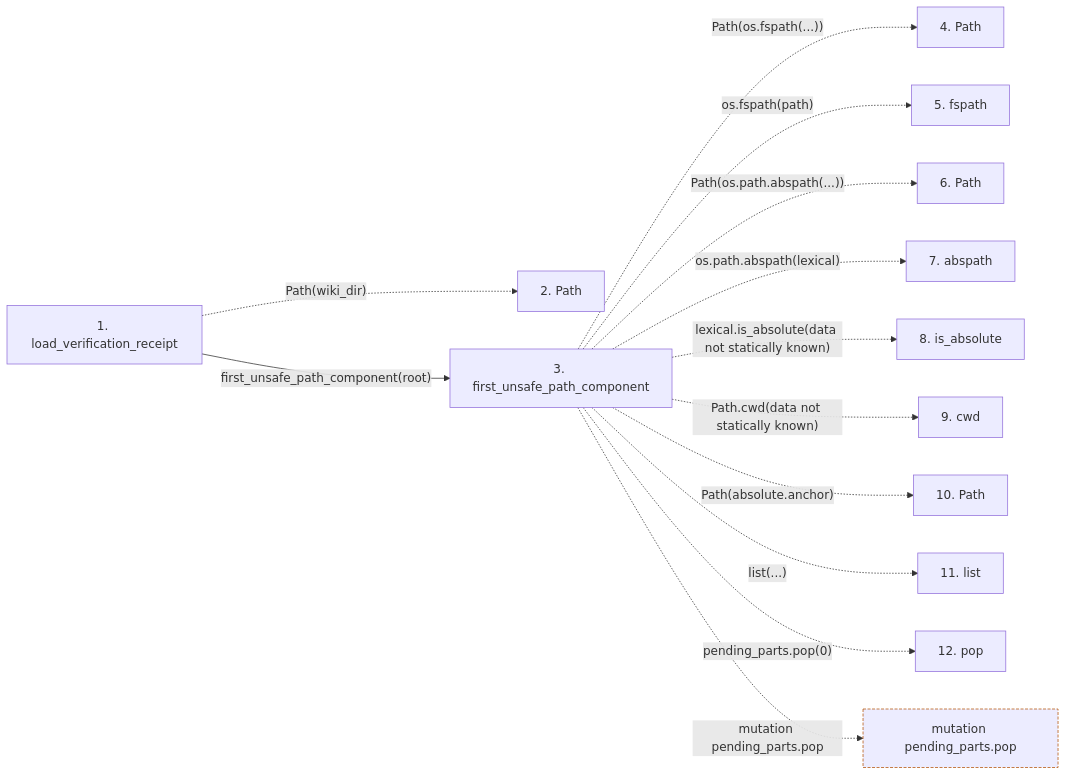
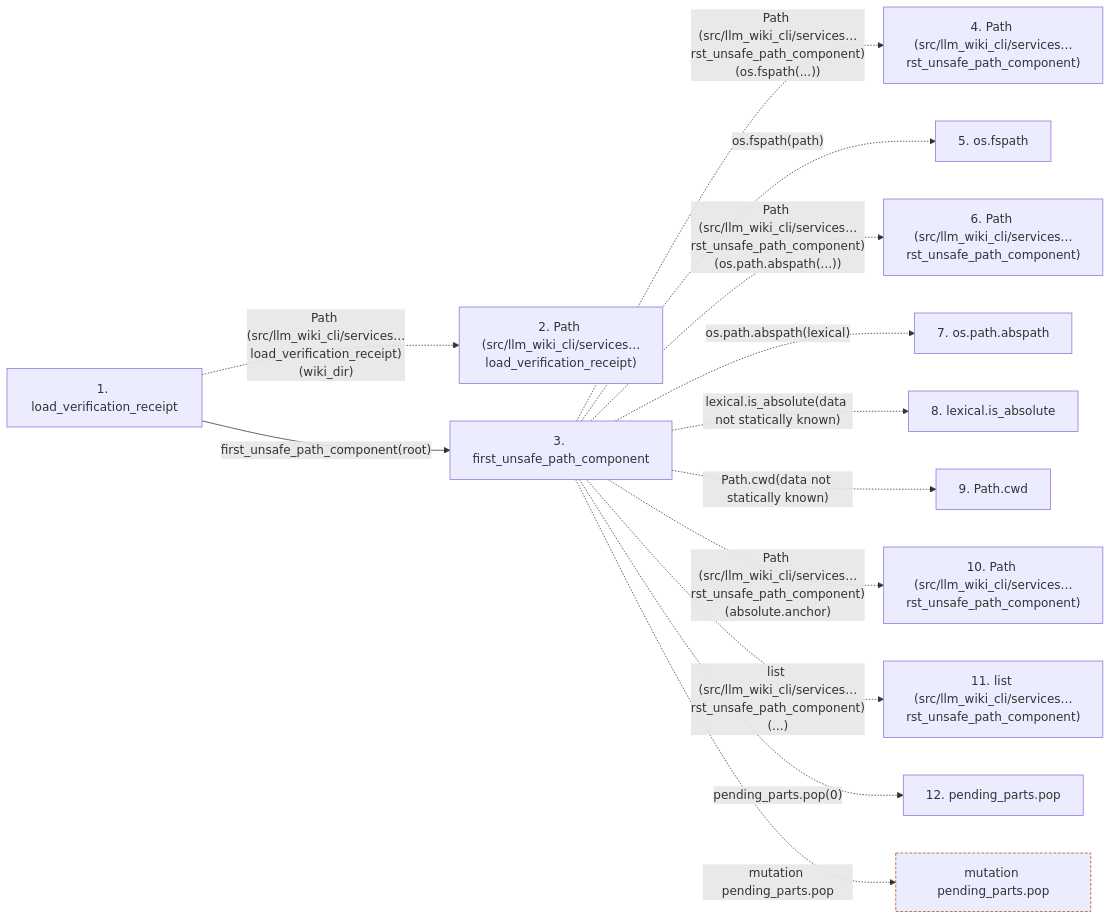
The second of 2 diagrams in docs/llm_wiki/flows/api-load_verification_receipt.md (Denissvgn/python-wiki-llm), drawn with Mermaid before and after one commit. The commit also changed other lines of this file and 719 other files, not shown here.

````diff
--- a/docs/llm_wiki/flows/api-load_verification_receipt.md
+++ b/docs/llm_wiki/flows/api-load_verification_receipt.md
@@ -69,32 +71,32 @@
 ```mermaid
 flowchart LR
     s1["1. load_verification_receipt"]
-    s2["2. Path"]
+    s2["2. Path (src/llm_wiki_cli/services…load_verification_receipt)"]
     s3["3. first_unsafe_path_component"]
-    s4["4. Path"]
-    s5["5. fspath"]
-    s6["6. Path"]
-    s7["7. abspath"]
-    s8["8. is_absolute"]
-    s9["9. cwd"]
-    s10["10. Path"]
-    s11["11. list"]
-    s12["12. pop"]
-    s1 -. "Path(wiki_dir)" .-> s2
+    s4["4. Path (src/llm_wiki_cli/services…rst_unsafe_path_component)"]
+    s5["5. os.fspath"]
+    s6["6. Path (src/llm_wiki_cli/services…rst_unsafe_path_component)"]
+    s7["7. os.path.abspath"]
+    s8["8. lexical.is_absolute"]
+    s9["9. Path.cwd"]
+    s10["10. Path (src/llm_wiki_cli/services…rst_unsafe_path_component)"]
+    s11["11. list (src/llm_wiki_cli/services…rst_unsafe_path_component)"]
+    s12["12. pending_parts.pop"]
+    s1 -. "Path (src/llm_wiki_cli/services…load_verification_receipt)(wiki_dir)" .-> s2
     s1 -->|"first_unsafe_path_component(root)"| s3
-    s3 -. "Path(os.fspath(...))" .-> s4
+    s3 -. "Path (src/llm_wiki_cli/services…rst_unsafe_path_component)(os.fspath(...))" .-> s4
     s3 -. "os.fspath(path)" .-> s5
-    s3 -. "Path(os.path.abspath(...))" .-> s6
+    s3 -. "Path (src/llm_wiki_cli/services…rst_unsafe_path_component)(os.path.abspath(...))" .-> s6
     s3 -. "os.path.abspath(lexical)" .-> s7
     s3 -. "lexical.is_absolute(data not statically known)" .-> s8
     s3 -. "Path.cwd(data not statically known)" .-> s9
-    s3 -. "Path(absolute.anchor)" .-> s10
-    s3 -. "list(...)" .-> s11
+    s3 -. "Path (src/llm_wiki_cli/services…rst_unsafe_path_component)(absolute.anchor)" .-> s10
+    s3 -. "list (src/llm_wiki_cli/services…rst_unsafe_path_component)(...)" .-> s11
     s3 -. "pending_parts.pop(0)" .-> s12
     b0["mutation pending_parts.pop"]
     s3 -. "mutation pending_parts.pop" .-> b0
     click s1 "../modules/verification_contracts.md"
     click s3 "../modules/io.md"
     classDef boundary stroke:#b45309,stroke-dasharray: 4 2
     class b0 boundary
 ```
````
